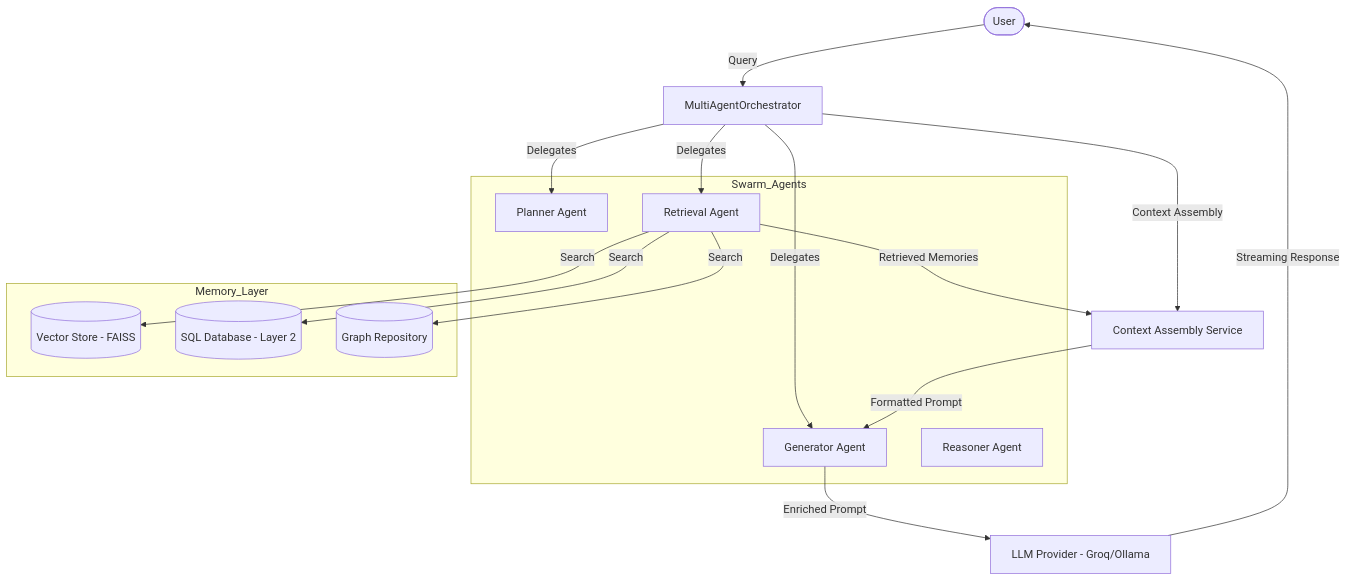
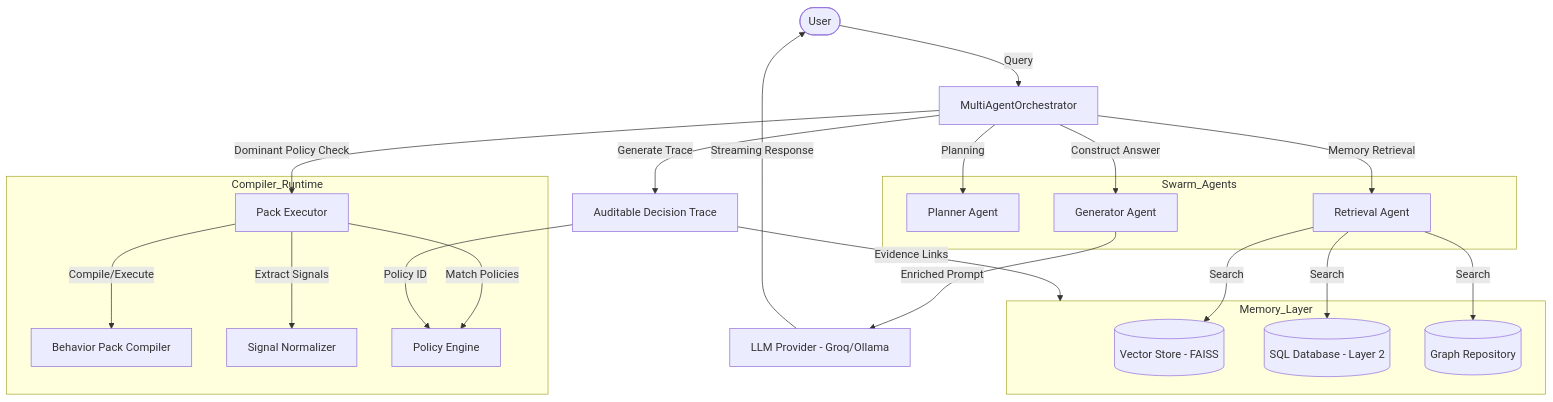
The diagram in ARCHITECTURE.md (rajinderjhol/PersonaVault_Private), drawn with Mermaid before and after one commit. The commit also changed other lines of this file and 50 other files, not shown here.

First line of the commit message:
Implement behavior packs, swarm runtime, and semantic memory improvements

````diff
--- a/ARCHITECTURE.md
+++ b/ARCHITECTURE.md
@@ -80,32 +70,44 @@
 ```mermaid
 graph TD
     User([User]) -->|Query| Orchestrator[MultiAgentOrchestrator]
     
     subgraph Swarm_Agents
         Planner[Planner Agent]
         Retriever[Retrieval Agent]
         Generator[Generator Agent]
-        Reasoner[Reasoner Agent]
     end
     
-    Orchestrator -->|Delegates| Planner
-    Orchestrator -->|Delegates| Retriever
-    Orchestrator -->|Delegates| Generator
+    subgraph Compiler_Runtime
+        Compiler[Behavior Pack Compiler]
+        Executor[Pack Executor]
+        Normalizer[Signal Normalizer]
+        PolicyEngine[Policy Engine]
+    end
+
+    Orchestrator -->|Dominant Policy Check| Executor
+    Executor -->|Compile/Execute| Compiler
+    Executor -->|Extract Signals| Normalizer
+    Executor -->|Match Policies| PolicyEngine
+    
+    Orchestrator -->|Planning| Planner
+    Orchestrator -->|Memory Retrieval| Retriever
     
     subgraph Memory_Layer
         VectorRepo[(Vector Store - FAISS)]
         SQL[(SQL Database - Layer 2)]
         Graph[(Graph Repository)]
     end
     
     Retriever -->|Search| VectorRepo
     Retriever -->|Search| SQL
     Retriever -->|Search| Graph
     
-    Orchestrator -->|Context Assembly| ContextAssembly[Context Assembly Service]
-    Retriever -->|Retrieved Memories| ContextAssembly
+    Orchestrator -->|Generate Trace| Trace[Auditable Decision Trace]
+    Orchestrator -->|Construct Answer| Generator
     
-    ContextAssembly -->|Formatted Prompt| Generator
+    Trace -->|Evidence Links| Memory_Layer
+    Trace -->|Policy ID| PolicyEngine
+    
     Generator -->|Enriched Prompt| LLM[LLM Provider - Groq/Ollama]
     LLM -->|Streaming Response| User
 ```
````
